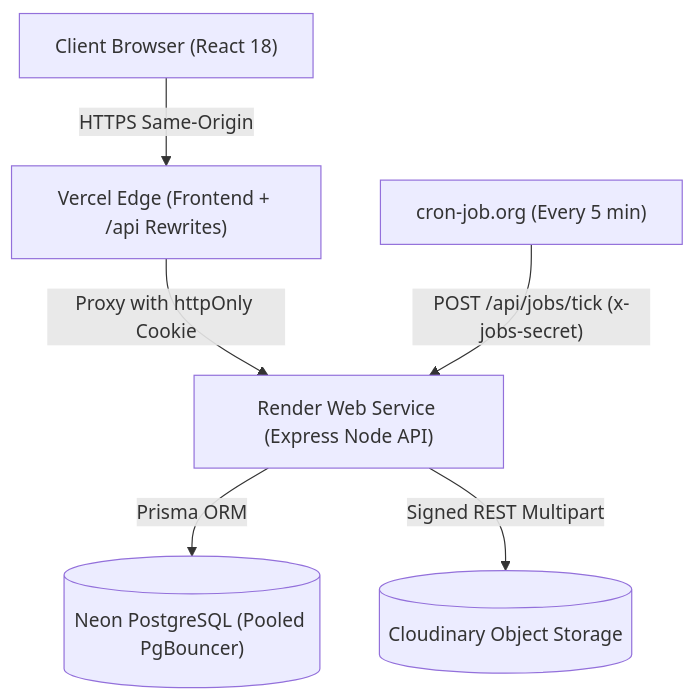
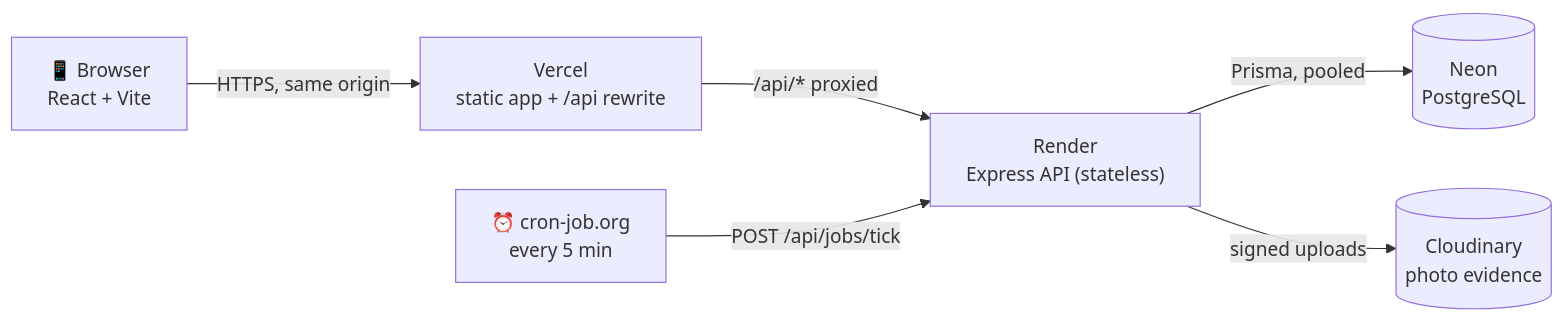
The second of 4 diagrams in README.md (Aditya2514/HostelDesk), drawn with Mermaid before and after one commit. The commit also changed other lines of this file and 1 other file, not shown here.

First line of the commit message:
docs: rewrite README and correct architecture examples

````diff
--- a/README.md
+++ b/README.md
@@ -75,15 +225,8 @@
 ```mermaid
-graph TD
-  Browser["Client Browser (React 18)"]
-  Vercel["Vercel Edge (Frontend + /api Rewrites)"]
-  Render["Render Web Service (Express Node API)"]
-  Neon[("Neon PostgreSQL (Pooled PgBouncer)")]
-  Cloudinary[("Cloudinary Object Storage")]
-  Cron["cron-job.org (Every 5 min)"]
-
-  Browser -->|"HTTPS Same-Origin"| Vercel
-  Vercel -->|"Proxy with httpOnly Cookie"| Render
-  Cron -->|"POST /api/jobs/tick (x-jobs-secret)"| Render
-  Render -->|"Prisma ORM"| Neon
-  Render -->|"Signed REST Multipart"| Cloudinary
+flowchart LR
+    U["📱 Browser<br/>React + Vite"] -->|"HTTPS, same origin"| V["Vercel<br/>static app + /api rewrite"]
+    V -->|"/api/* proxied"| R["Render<br/>Express API (stateless)"]
+    C["⏰ cron-job.org<br/>every 5 min"] -->|"POST /api/jobs/tick"| R
+    R -->|"Prisma, pooled"| N[("Neon<br/>PostgreSQL")]
+    R -->|"signed uploads"| CL[("Cloudinary<br/>photo evidence")]
 ```
````
